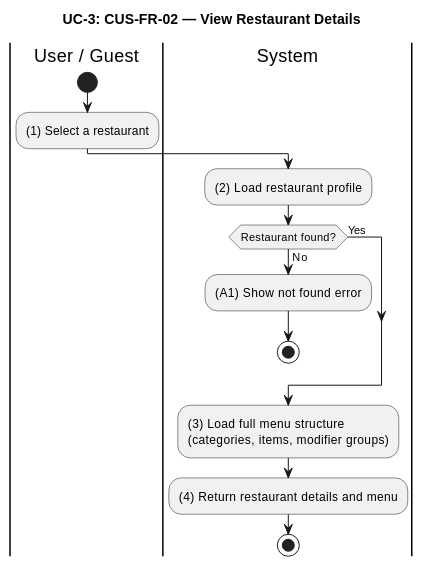
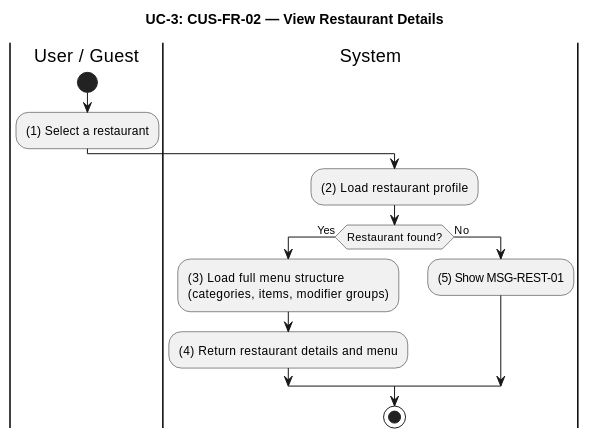
Before and after one commit to luubinhdeptrai/Food_Delivery: the third of 10 diagrams in apps/api/docs/Final_Documents/SRS_FoodDelivery.md, drawn with PlantUML. The commit also changed other lines of this file and 1 other file, not shown here.

````diff
--- a/apps/api/docs/Final_Documents/SRS_FoodDelivery.md
+++ b/apps/api/docs/Final_Documents/SRS_FoodDelivery.md
@@ -267,21 +268,20 @@
 ```plantuml
 @startuml UC3-Restaurant-Details
 title UC-3: CUS-FR-02 — View Restaurant Details
 skinparam ConditionEndStyle hline
 
 |User / Guest|
 start
 :(1) Select a restaurant;
 
 |System|
 :(2) Load restaurant profile;
-if (Restaurant found?) then (No)
-  :(A1) Show not found error;
-  stop
-else (Yes)
+if (Restaurant found?) then (Yes)
+  :(3) Load full menu structure\n(categories, items, modifier groups);
+  :(4) Return restaurant details and menu;
+else (No)
+  :(5) Show MSG-REST-01;
 endif
-:(3) Load full menu structure\n(categories, items, modifier groups);
-:(4) Return restaurant details and menu;
 stop
 @enduml
 ```
````
